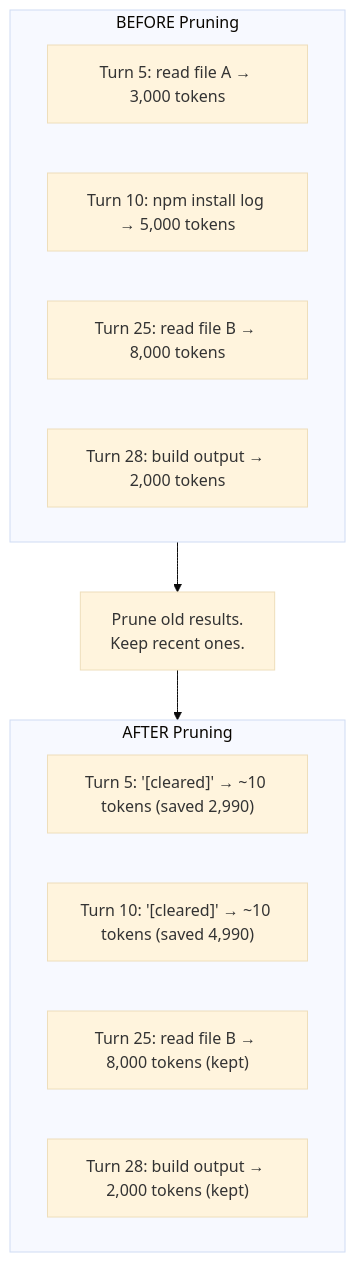
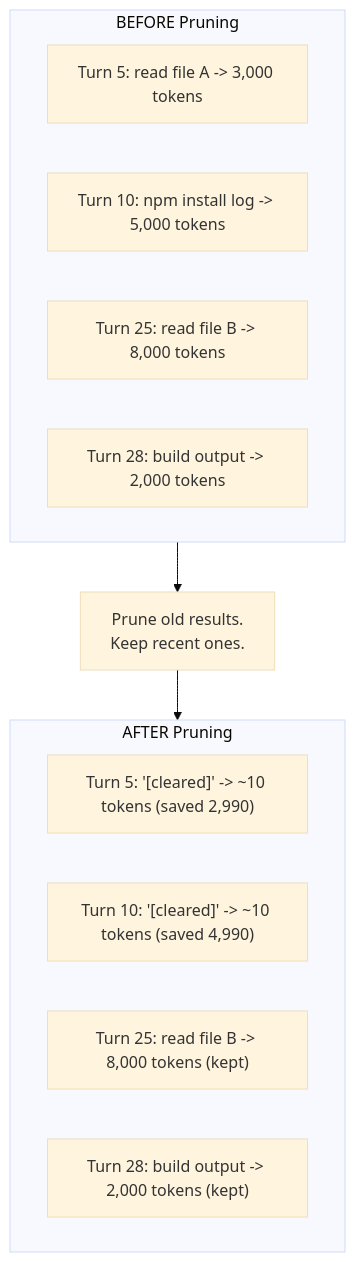
One commit to 2kages/agent-learning changed diagram 13 of 17 in context-management.md. Above: the diagram before and after it, drawn with Mermaid (base theme). The commit also changed other lines of this file and 2 other files, not shown here.

````diff
--- a/context-management.md
+++ b/context-management.md
@@ -374,20 +539,20 @@
 ```mermaid
 flowchart TD
     subgraph BEFORE ["BEFORE Pruning"]
-        P1["Turn 5: read file A → 3,000 tokens"]
-        P2["Turn 10: npm install log → 5,000 tokens"]
-        P3["Turn 25: read file B → 8,000 tokens"]
-        P4["Turn 28: build output → 2,000 tokens"]
+        P1["Turn 5: read file A -> 3,000 tokens"]
+        P2["Turn 10: npm install log -> 5,000 tokens"]
+        P3["Turn 25: read file B -> 8,000 tokens"]
+        P4["Turn 28: build output -> 2,000 tokens"]
     end
 
     PRUNE["Prune old results.<br/>Keep recent ones."]
 
     subgraph AFTER ["AFTER Pruning"]
-        Q1["Turn 5: '[cleared]' → ~10 tokens (saved 2,990)"]
-        Q2["Turn 10: '[cleared]' → ~10 tokens (saved 4,990)"]
-        Q3["Turn 25: read file B → 8,000 tokens (kept)"]
-        Q4["Turn 28: build output → 2,000 tokens (kept)"]
+        Q1["Turn 5: '[cleared]' -> ~10 tokens (saved 2,990)"]
+        Q2["Turn 10: '[cleared]' -> ~10 tokens (saved 4,990)"]
+        Q3["Turn 25: read file B -> 8,000 tokens (kept)"]
+        Q4["Turn 28: build output -> 2,000 tokens (kept)"]
     end
 
     BEFORE --> PRUNE --> AFTER
 ```
````
